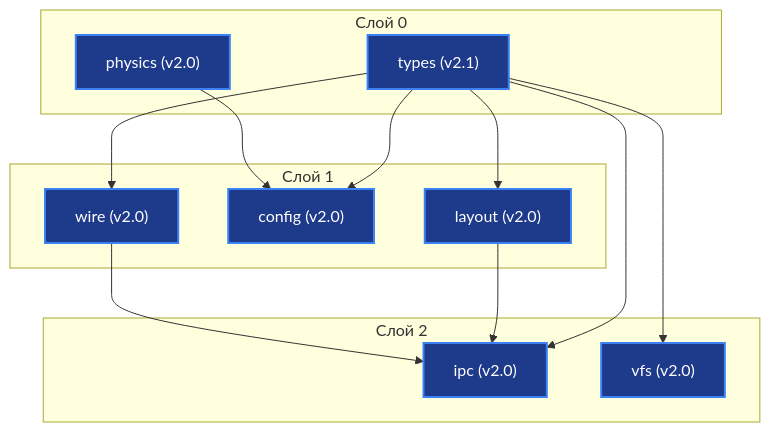
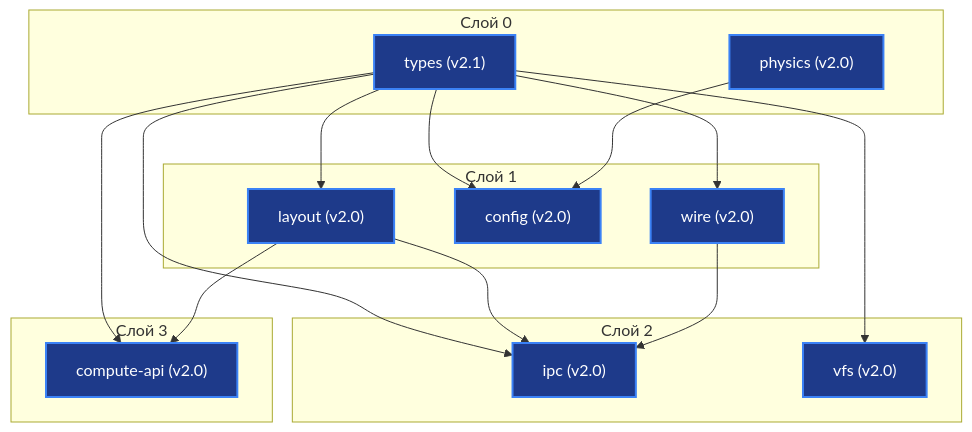
One commit to H4V1K-dev/axicor_enterprise changed the diagram in docs/engine/INDEX.md. Above: the diagram before and after it, drawn with Mermaid. The commit also changed other lines of this file and 1 other file, not shown here.

Commit message:
docs: add engine index and L3 compute API specification documents

````diff
--- a/docs/engine/INDEX.md
+++ b/docs/engine/INDEX.md
@@ -9,28 +9,33 @@
 ```mermaid
 graph TD
     subgraph L0["Слой 0"]
         types["types (v2.1)"]
         physics["physics (v2.0)"]
     end
     subgraph L1["Слой 1"]
         layout["layout (v2.0)"]
         config["config (v2.0)"]
         wire["wire (v2.0)"]
     end
     subgraph L2["Слой 2"]
         ipc["ipc (v2.0)"]
         vfs["vfs (v2.0)"]
     end
+    subgraph L3["Слой 3"]
+        compute_api["compute-api (v2.0)"]
+    end
 
     types --> layout
     types --> config
     types --> wire
     types --> ipc
     types --> vfs
+    types --> compute_api
     physics --> config
     layout --> ipc
     wire --> ipc
+    layout --> compute_api
 
     classDef active fill:#1e3a8a,stroke:#3b82f6,stroke-width:2px,color:#fff;
-    class types,physics,layout,config,wire,ipc,vfs active;
+    class types,physics,layout,config,wire,ipc,vfs,compute_api active;
 ```
````
